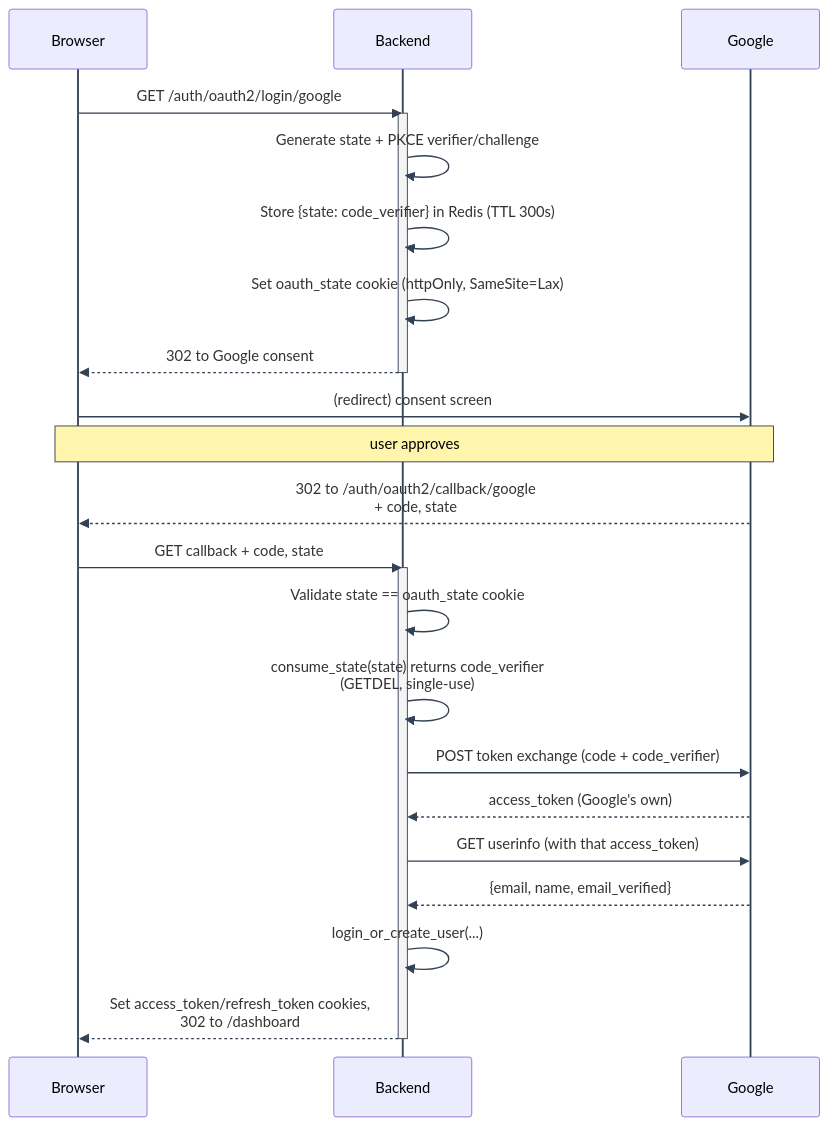
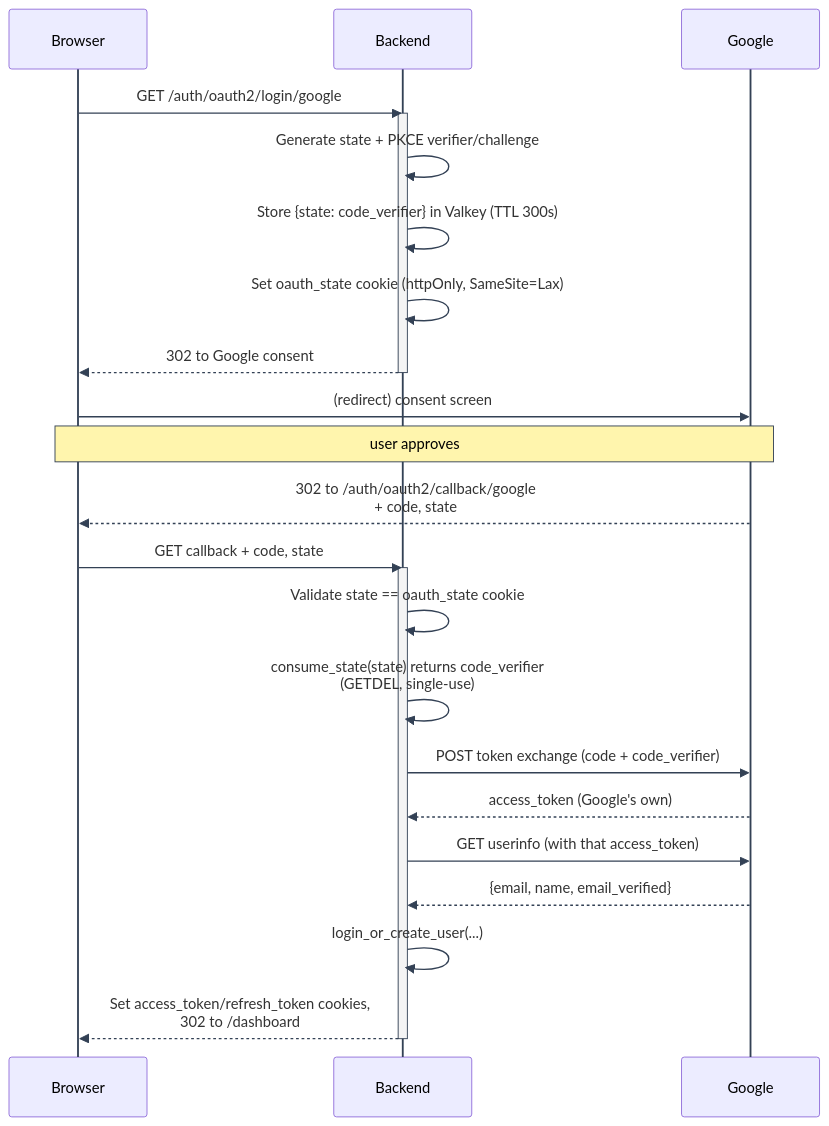
One commit to Nachiket-2024/mystic-auth changed the diagram in docs/mystic_auth/authentication/oauth2-pkce.md. Above: the diagram before and after it, drawn with Mermaid. The commit also changed other lines of this file and 905 other files, not shown here.

First line of the commit message:
Replaced Chakra UI with shadcn/Radix, migrated Redis to Valkey, revamped UI/UX

````diff
--- a/docs/mystic_auth/authentication/oauth2-pkce.md
+++ b/docs/mystic_auth/authentication/oauth2-pkce.md
@@ -25,31 +25,31 @@
 ```mermaid
 %%{init: {"themeVariables": {"lineColor": "#334155", "signalColor": "#334155", "actorLineColor": "#334155", "activationBorderColor": "#334155", "labelBoxBorderColor": "#334155", "labelBoxBkgColor": "#e2e8f0", "noteBorderColor": "#334155"}, "themeCSS": ".messageLine0, .messageLine1 { stroke-width: 2px !important; }"} }%%
 sequenceDiagram
     participant B as Browser
     participant S as Backend
     participant G as Google
 
     B->>S: GET /auth/oauth2/login/google
     activate S
     S->>S: Generate state + PKCE verifier/challenge
-    S->>S: Store {state: code_verifier} in Redis (TTL 300s)
+    S->>S: Store {state: code_verifier} in Valkey (TTL 300s)
     S->>S: Set oauth_state cookie (httpOnly, SameSite=Lax)
     S-->>B: 302 to Google consent
     deactivate S
 
     B->>G: (redirect) consent screen
     Note over B,G: user approves
     G-->>B: 302 to /auth/oauth2/callback/google<br/> + code, state
 
     B->>S: GET callback + code, state
     activate S
     S->>S: Validate state == oauth_state cookie
     S->>S: consume_state(state) returns code_verifier<br/> (GETDEL, single-use)
     S->>G: POST token exchange (code + code_verifier)
     G-->>S: access_token (Google's own)
     S->>G: GET userinfo (with that access_token)
     G-->>S: {email, name, email_verified}
     S->>S: login_or_create_user(...)
     S-->>B: Set access_token/refresh_token cookies,<br/> 302 to /dashboard
     deactivate S
 ```
````
